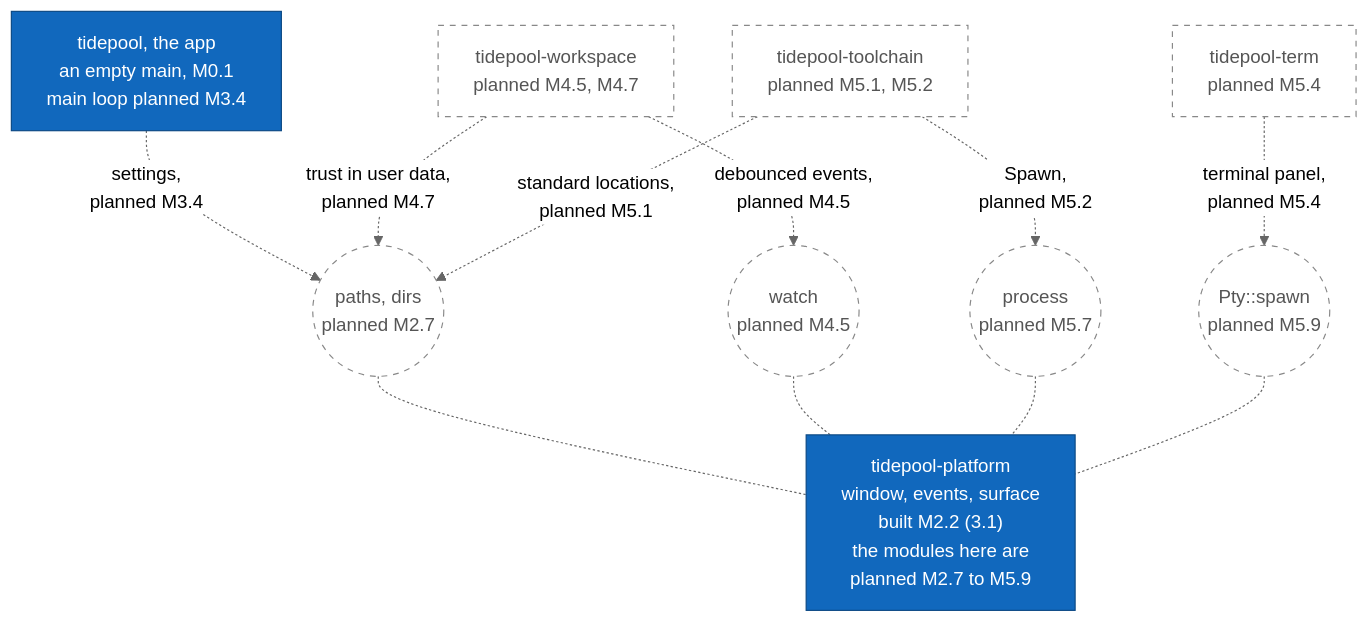
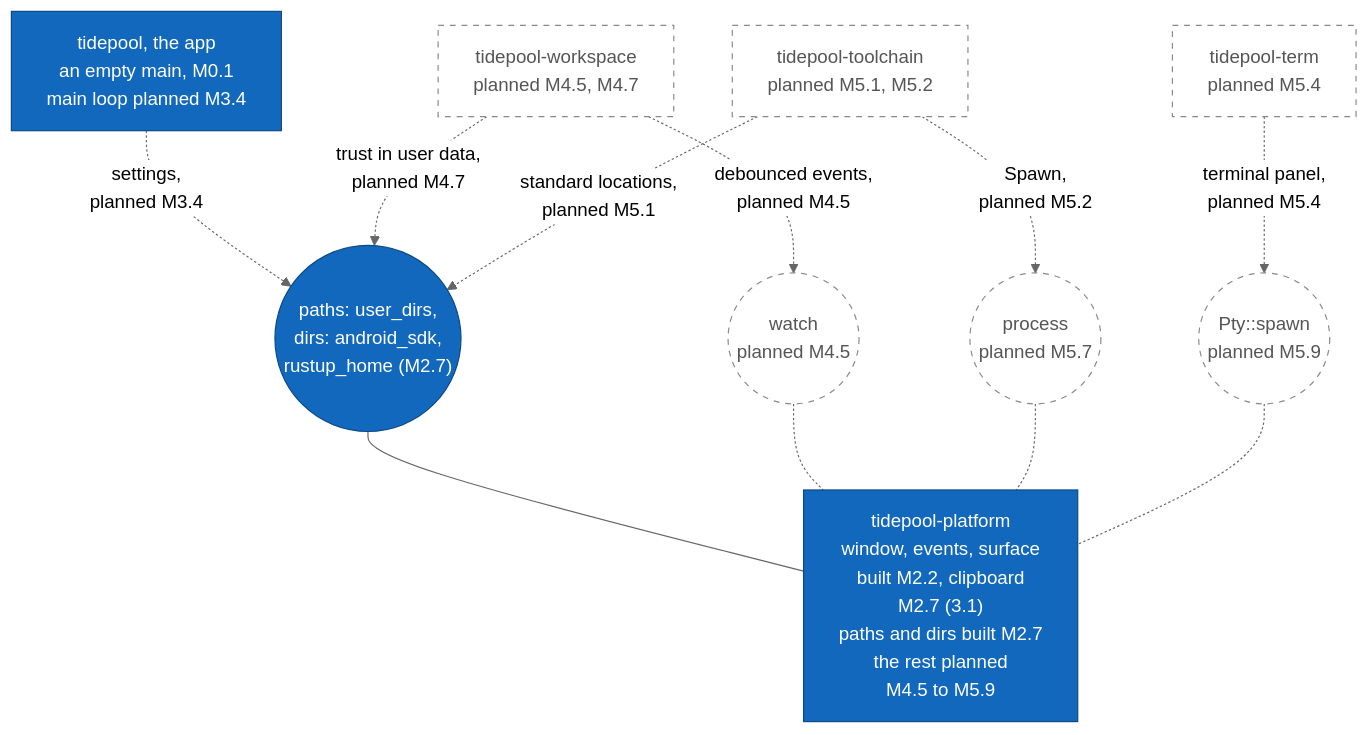
Before and after one commit to jabbott-iii/Tidepool: the eighth of 21 diagrams in diagrams/component-diagrams.md, drawn with Mermaid (neutral theme). The commit also changed other lines of this file and 28 other files, not shown here.

First line of the commit message:
platform: clipboard, paths and dirs on Linux (M2.7)

````diff
--- a/diagrams/component-diagrams.md
+++ b/diagrams/component-diagrams.md
@@ -434,32 +437,32 @@
 ```mermaid
 flowchart TB
     c_app["tidepool, the app<br/>an empty main, M0.1<br/>main loop planned M3.4"]
     c_workspace["tidepool-workspace<br/>planned M4.5, M4.7"]
     c_toolchain["tidepool-toolchain<br/>planned M5.1, M5.2"]
     c_term["tidepool-term<br/>planned M5.4"]
 
-    i_paths(("paths, dirs<br/>planned M2.7"))
+    i_paths(("paths: user_dirs,<br/>dirs: android_sdk,<br/>rustup_home (M2.7)"))
     i_watch(("watch<br/>planned M4.5"))
     i_process(("process<br/>planned M5.7"))
     i_pty(("Pty::spawn<br/>planned M5.9"))
 
-    c_platform["tidepool-platform<br/>window, events, surface<br/>built M2.2 (3.1)<br/>the modules here are<br/>planned M2.7 to M5.9"]
+    c_platform["tidepool-platform<br/>window, events, surface<br/>built M2.2, clipboard<br/>M2.7 (3.1)<br/>paths and dirs built M2.7<br/>the rest planned<br/>M4.5 to M5.9"]
 
     c_app -.->|"settings,<br/>planned M3.4"| i_paths
     c_workspace -.->|"trust in user data,<br/>planned M4.7"| i_paths
     c_workspace -.->|"debounced events,<br/>planned M4.5"| i_watch
     c_toolchain -.->|"standard locations,<br/>planned M5.1"| i_paths
     c_toolchain -.->|"Spawn,<br/>planned M5.2"| i_process
     c_term -.->|"terminal panel,<br/>planned M5.4"| i_pty
 
-    i_paths -.- c_platform
+    i_paths --- c_platform
     i_watch -.- c_platform
     i_process -.- c_platform
     i_pty -.- c_platform
 
     classDef built fill:#1168bd,stroke:#0b4884,color:#ffffff
     classDef planned fill:#ffffff,stroke:#888888,stroke-dasharray: 5 5,color:#555555
-    class c_app,c_platform built
+    class c_app,c_platform,i_paths built
     class c_workspace,c_toolchain,c_term planned
-    class i_paths,i_watch,i_process,i_pty planned
+    class i_watch,i_process,i_pty planned
 ```
````
